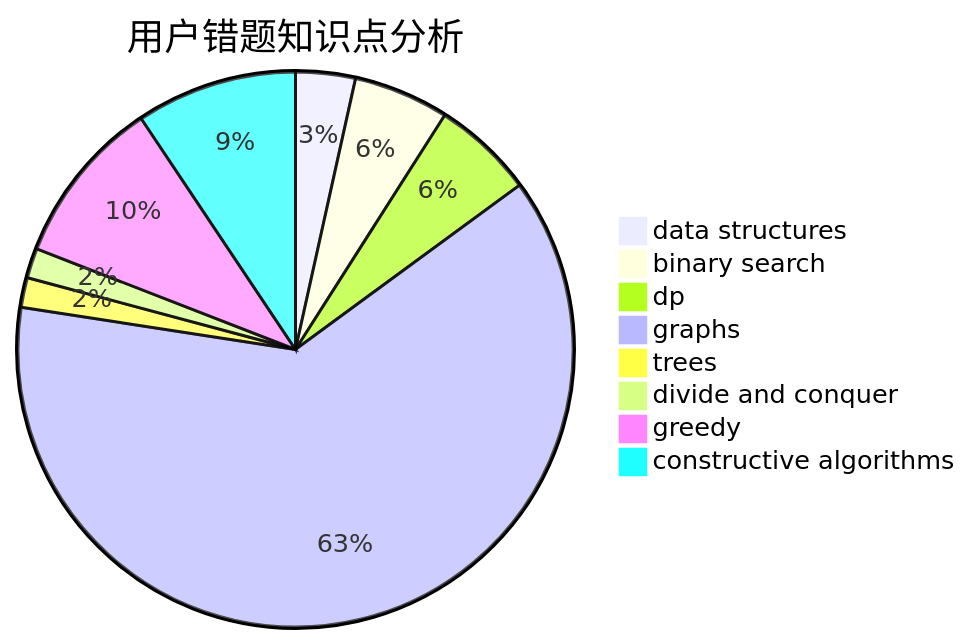
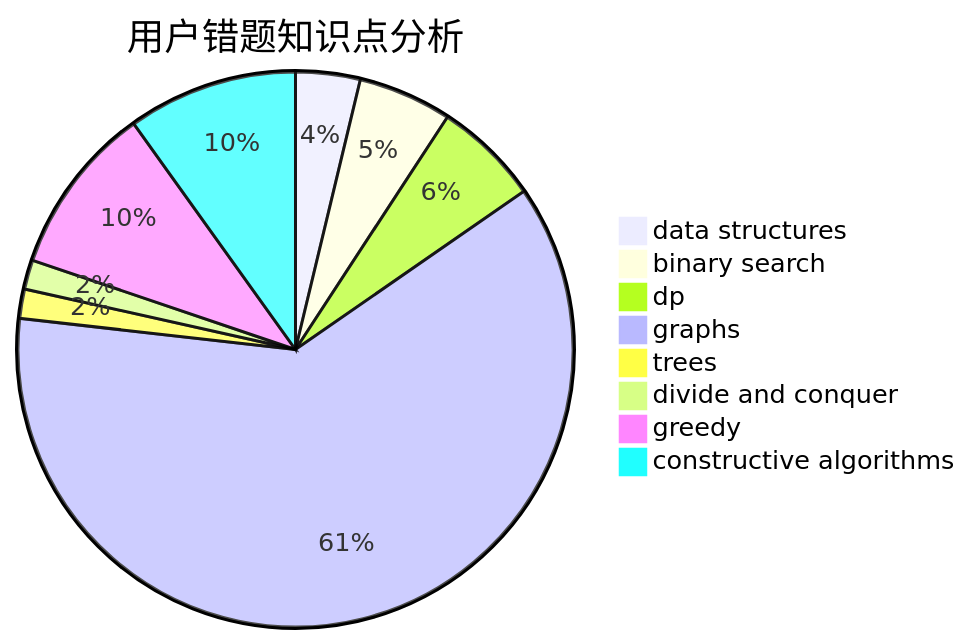
One commit to sherpahu/cfrs.github.io changed the third of 3 diagrams in docs/user/u180.md. Above: the diagram before and after it, drawn with Mermaid. The commit also changed other lines of this file and 2770 other files, not shown here.

````diff
--- a/docs/user/u180.md
+++ b/docs/user/u180.md
@@ -36,11 +36,11 @@
 ```mermaid
 pie title 用户错题知识点分析
-    "data structures" :  10
+    "data structures" :  11
     "binary search" :  16
-    "dp" :  17
+    "dp" :  18
     "graphs" :  180
     "trees" :  5
     "divide and conquer" :  5
-    "greedy" :  28
-    "constructive algorithms" :  27
+    "greedy" :  29
+    "constructive algorithms" :  29
 ```
````
